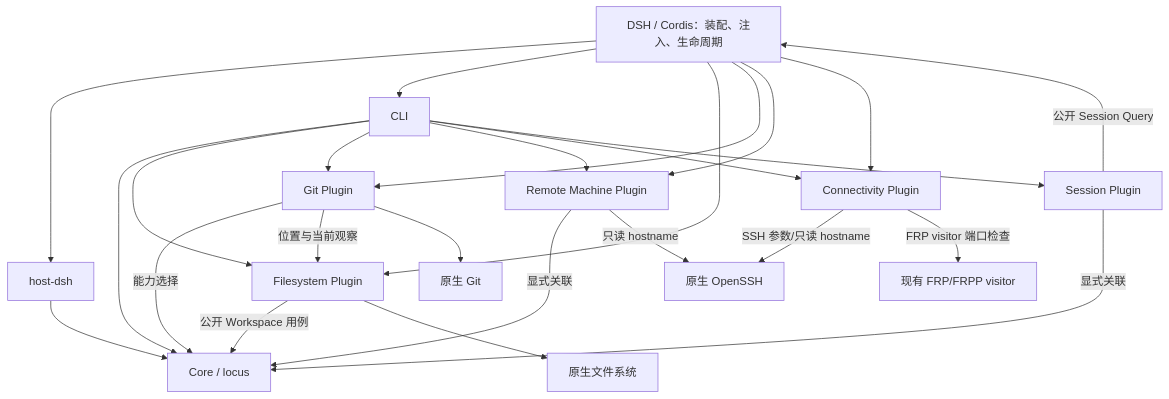
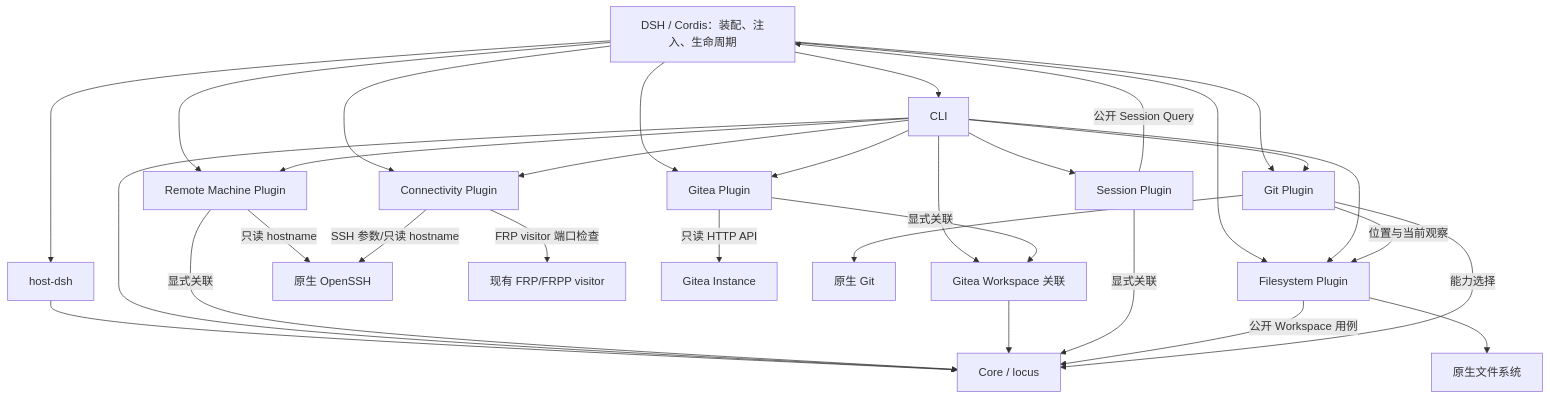
One commit to SWdrift/locus-workspace changed the diagram in docs/architecture.md. Above: the diagram before and after it, drawn with Mermaid. The commit also changed other lines of this file and 42 other files, not shown here.

````diff
--- a/docs/architecture.md
+++ b/docs/architecture.md
@@ -28,27 +29,33 @@
 ```mermaid
 flowchart TD
     DSH["DSH / Cordis：装配、注入、生命周期"] --> Host["host-dsh"]
     DSH --> CLI["CLI"]
     DSH --> FS["Filesystem Plugin"]
     DSH --> Git["Git Plugin"]
     DSH --> Machine["Remote Machine Plugin"]
     DSH --> Connectivity["Connectivity Plugin"]
+    DSH --> Gitea["Gitea Plugin"]
     Host --> Core["Core / locus"]
     CLI --> Core
     CLI --> FS
     CLI --> Git
     CLI --> Machine
     CLI --> Connectivity
+    CLI --> Gitea
+    CLI --> GiteaCore["Gitea Workspace 关联"]
     CLI --> Session["Session Plugin"]
     Machine -->|"显式关联"| Core
     Machine -->|"只读 hostname"| SSH["原生 OpenSSH"]
     Connectivity -->|"SSH 参数/只读 hostname"| SSH
     Connectivity -->|"FRP visitor 端口检查"| Visitor["现有 FRP/FRPP visitor"]
+    Gitea -->|"只读 HTTP API"| GiteaAPI["Gitea Instance"]
+    Gitea -->|"显式关联"| GiteaCore
+    GiteaCore --> Core
     Session -->|"公开 Session Query"| DSH
     Session -->|"显式关联"| Core
     FS -->|"公开 Workspace 用例"| Core
     Git -->|"能力选择"| Core
     Git -->|"位置与当前观察"| FS
     FS --> Files["原生文件系统"]
     Git --> NativeGit["原生 Git"]
 ```
````
